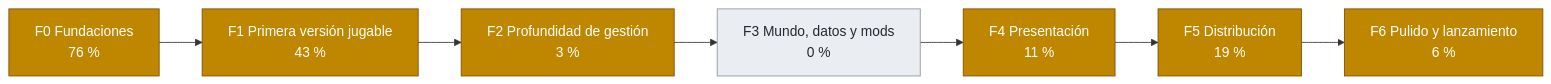
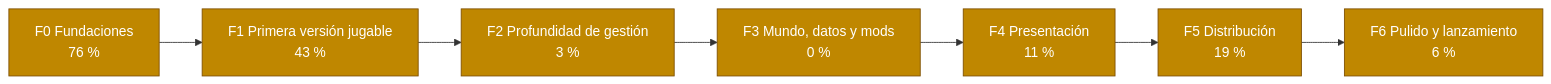
The second of 2 diagrams in docs/roadmap.md (dariogea/BM27), drawn with Mermaid before and after one commit. The commit also changed other lines of this file and 14 other files, not shown here.

````diff
--- a/docs/roadmap.md
+++ b/docs/roadmap.md
@@ -50,21 +50,21 @@
 ```mermaid
 flowchart LR
   F0["F0 Fundaciones<br/>76 %"]
   F1["F1 Primera versión jugable<br/>43 %"]
   F2["F2 Profundidad de gestión<br/>3 %"]
   F3["F3 Mundo, datos y mods<br/>0 %"]
   F4["F4 Presentación<br/>11 %"]
   F5["F5 Distribución<br/>19 %"]
   F6["F6 Pulido y lanzamiento<br/>6 %"]
   F0 --> F1 --> F2 --> F3 --> F4 --> F5 --> F6
   classDef hecho fill:#2da44e,color:#fff,stroke:#1a7f37;
   classDef curso fill:#bf8700,color:#fff,stroke:#7d4e00;
   classDef pendiente fill:#eaeef2,color:#24292f,stroke:#8c959f;
   class F0 curso;
   class F1 curso;
   class F2 curso;
-  class F3 pendiente;
+  class F3 curso;
   class F4 curso;
   class F5 curso;
   class F6 curso;
 ```
````
